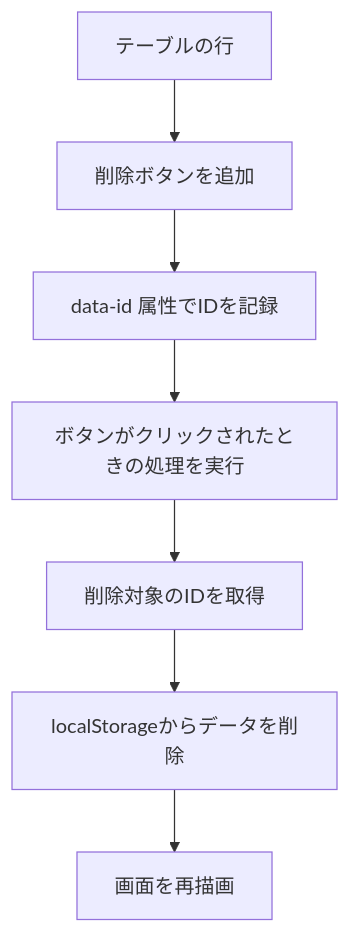
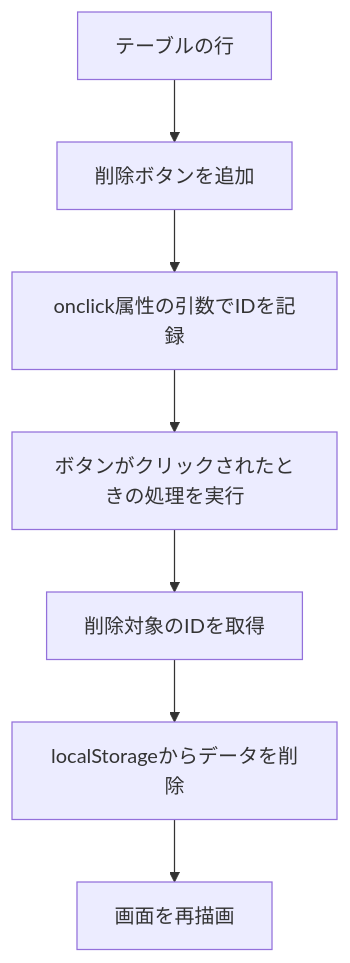
The first of 2 diagrams in D10.md (komiyamma/site_ichika_exercise_tracker), drawn with Mermaid before and after one commit. The commit also changed other lines of this file and 3 other files, not shown here.

````diff
--- a/D10.md
+++ b/D10.md
@@ -21,9 +21,9 @@
 ```mermaid
 flowchart TD
   A[テーブルの行] --> B[削除ボタンを追加]
-  B --> C[data-id 属性でIDを記録]
+  B --> C[onclick属性の引数でIDを記録]
   C --> D[ボタンがクリックされたときの処理を実行]
   D --> E[削除対象のIDを取得]
   E --> F[localStorageからデータを削除]
   F --> G[画面を再描画]
 ```
````
